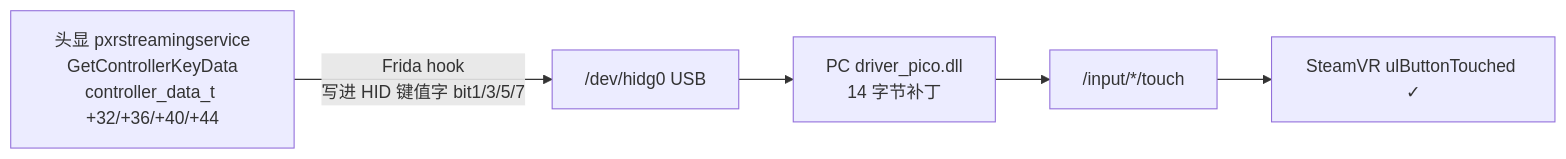
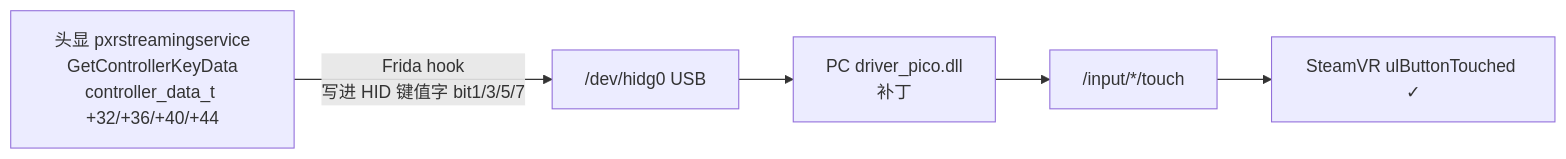
One commit to lgc2333/pico3-dp-touch-patch changed the diagram in README.md. Above: the diagram before and after it, drawn with Mermaid. The commit also changed other lines of this file and 4 other files, not shown here.

````diff
--- a/README.md
+++ b/README.md
@@ -102,7 +104,7 @@
 ```mermaid
 flowchart LR
     A["头显 pxrstreamingservice<br/>GetControllerKeyData<br/>controller_data_t +32/+36/+40/+44"] -->|Frida hook<br/>写进 HID 键值字 bit1/3/5/7| B["/dev/hidg0 USB"]
-    B --> C["PC driver_pico.dll<br/>14 字节补丁"]
+    B --> C["PC driver_pico.dll<br/>补丁"]
     C --> D["/input/*/touch"]
     D --> E["SteamVR ulButtonTouched ✓"]
 ```
````
